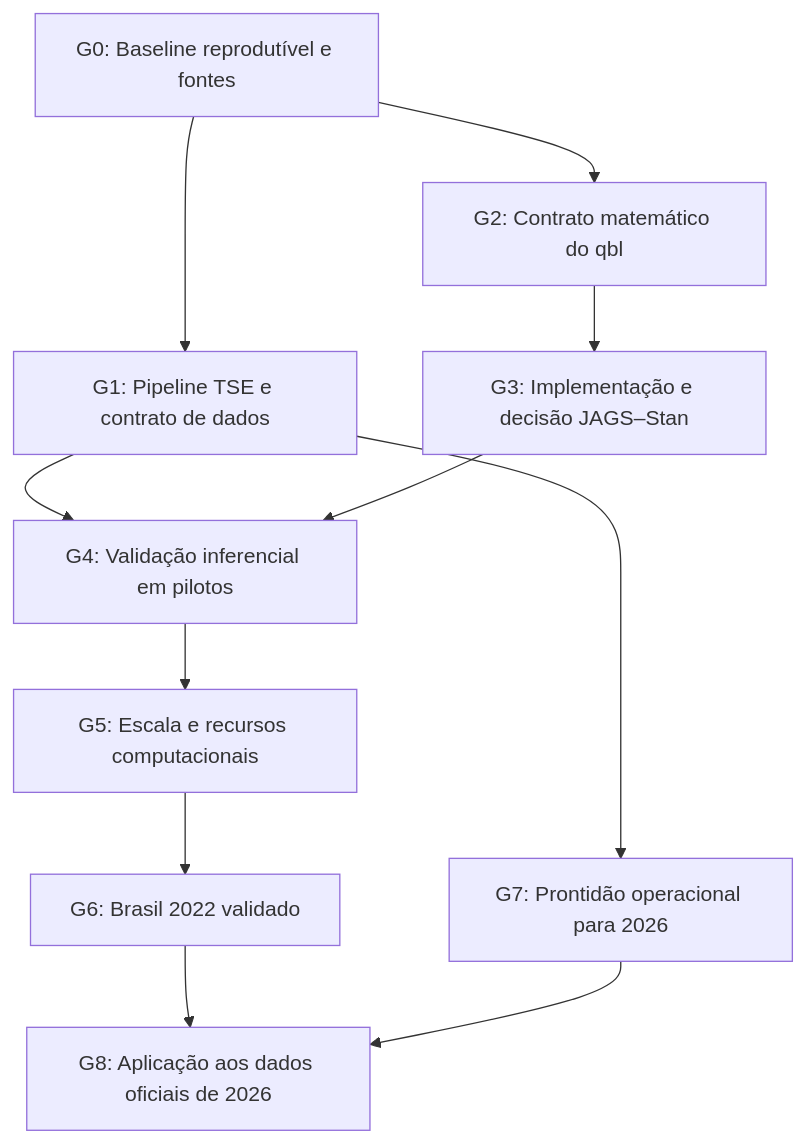
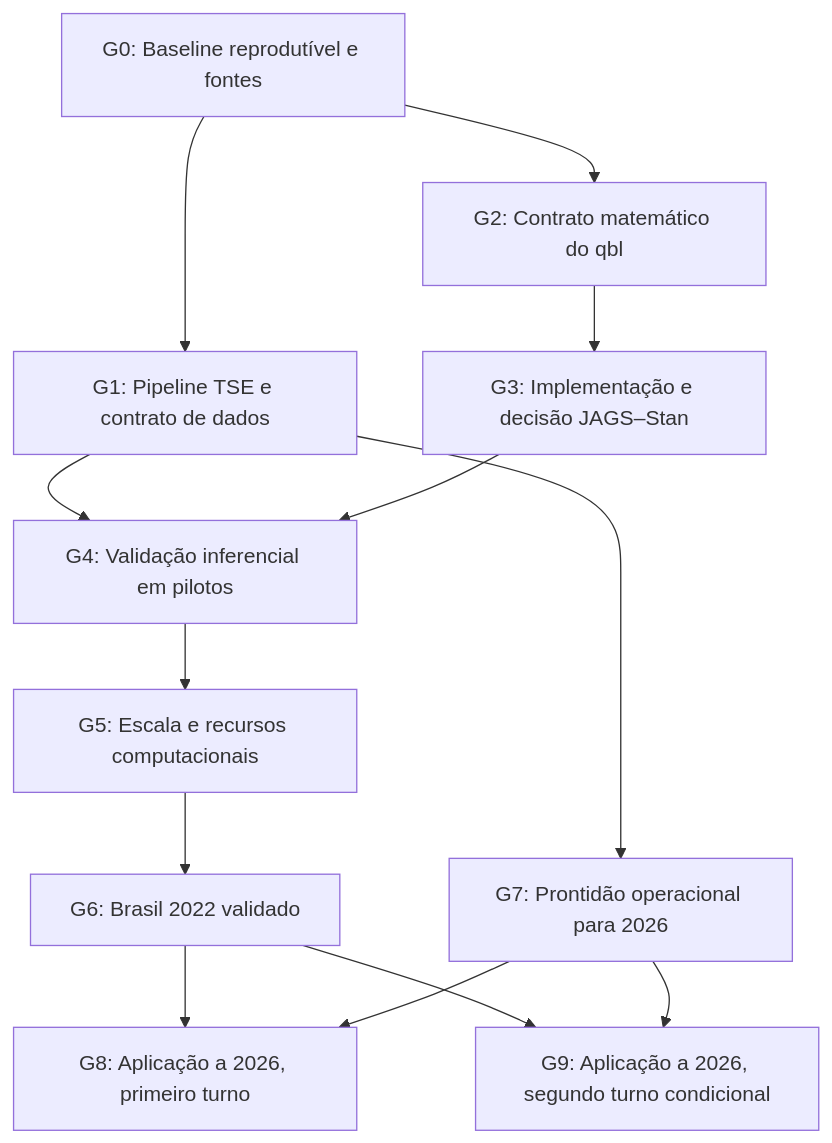
Before and after one commit to mgaldino/electoral-fraud-br: the diagram in quality_reports/plans/2026-09-28_mebane_2022_2026_gates.md, drawn with Mermaid. The commit also changed other lines of this file and 10 other files, not shown here.

````diff
--- a/quality_reports/plans/2026-09-28_mebane_2022_2026_gates.md
+++ b/quality_reports/plans/2026-09-28_mebane_2022_2026_gates.md
@@ -24,22 +24,25 @@
 ```mermaid
 flowchart TD
     G0["G0: Baseline reprodutível e fontes"]
     G1["G1: Pipeline TSE e contrato de dados"]
     G0 --> G1
     G2["G2: Contrato matemático do qbl"]
     G0 --> G2
     G3["G3: Implementação e decisão JAGS–Stan"]
     G2 --> G3
     G4["G4: Validação inferencial em pilotos"]
     G1 --> G4
     G3 --> G4
     G5["G5: Escala e recursos computacionais"]
     G4 --> G5
     G6["G6: Brasil 2022 validado"]
     G5 --> G6
     G7["G7: Prontidão operacional para 2026"]
     G1 --> G7
-    G8["G8: Aplicação aos dados oficiais de 2026"]
+    G8["G8: Aplicação a 2026, primeiro turno"]
     G6 --> G8
     G7 --> G8
+    G9["G9: Aplicação a 2026, segundo turno condicional"]
+    G6 --> G9
+    G7 --> G9
 ```
````
